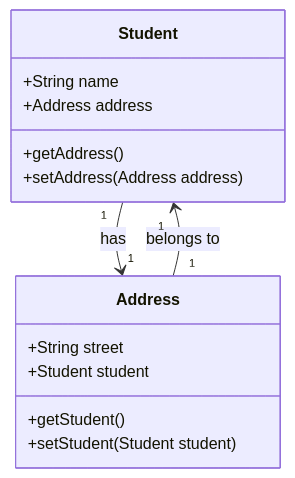
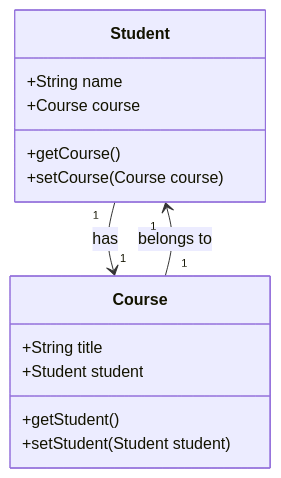
The first of 3 diagrams in week6_ORM _JPA: M:N /Example-One-To-One.md (ADirin/DataBase_Solution), drawn with Mermaid before and after one commit. The commit also changed other lines of this file, not shown here.

````diff
--- a/week6_ORM _JPA: M:N /Example-One-To-One.md
+++ b/week6_ORM _JPA: M:N /Example-One-To-One.md
@@ -18,20 +18,20 @@
 ```mermaid
 classDiagram
     class Student {
         +String name
-        +Address address
-        +getAddress()
-        +setAddress(Address address)
+        +Course course
+        +getCourse()
+        +setCourse(Course course)
     }
 
-    class Address {
-        +String street
+    class Course {
+        +String title
         +Student student
         +getStudent()
         +setStudent(Student student)
     }
 
-    Student "1" --> "1" Address : has
-    Address "1" --> "1" Student : belongs to
+    Student "1" --> "1" Course : has
+    Course "1" --> "1" Student : belongs to
 
    ```
````
